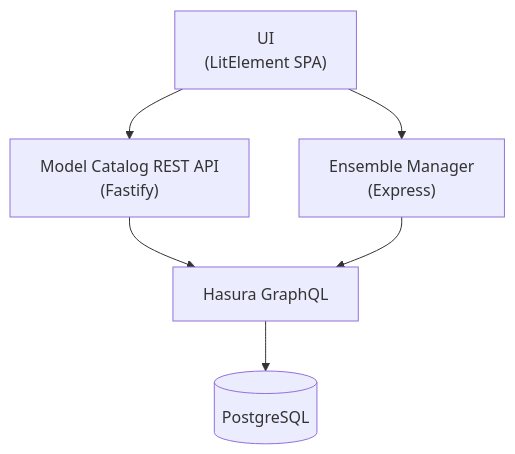
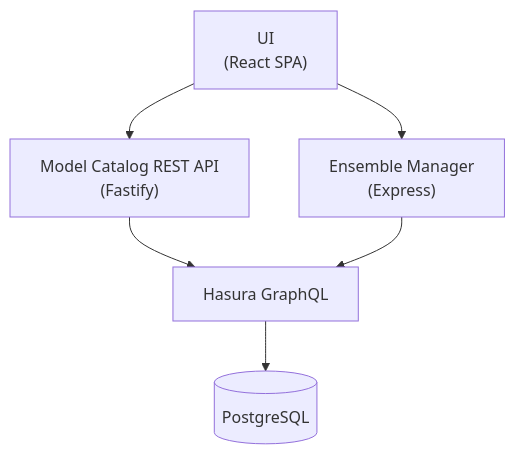
One commit to mintproject/monorepo changed the first of 2 diagrams in README.md. Above: the diagram before and after it, drawn with Mermaid. The commit also changed other lines of this file and 5 other files, not shown here.

````diff
--- a/README.md
+++ b/README.md
@@ -28,14 +34,14 @@
 ```mermaid
 graph TD
-    UI["UI<br/>(LitElement SPA)"]
+    UI["UI<br/>(React SPA)"]
     API["Model Catalog REST API<br/>(Fastify)"]
     EM["Ensemble Manager<br/>(Express)"]
     HASURA["Hasura GraphQL"]
     PG[("PostgreSQL")]
 
     UI --> API
     UI --> EM
     API --> HASURA
     EM --> HASURA
     HASURA --> PG
 ```
````
